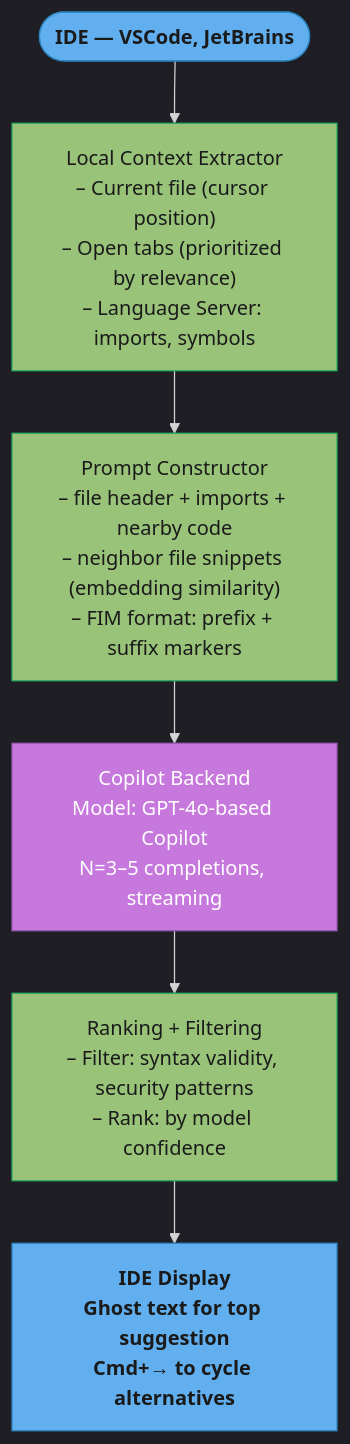
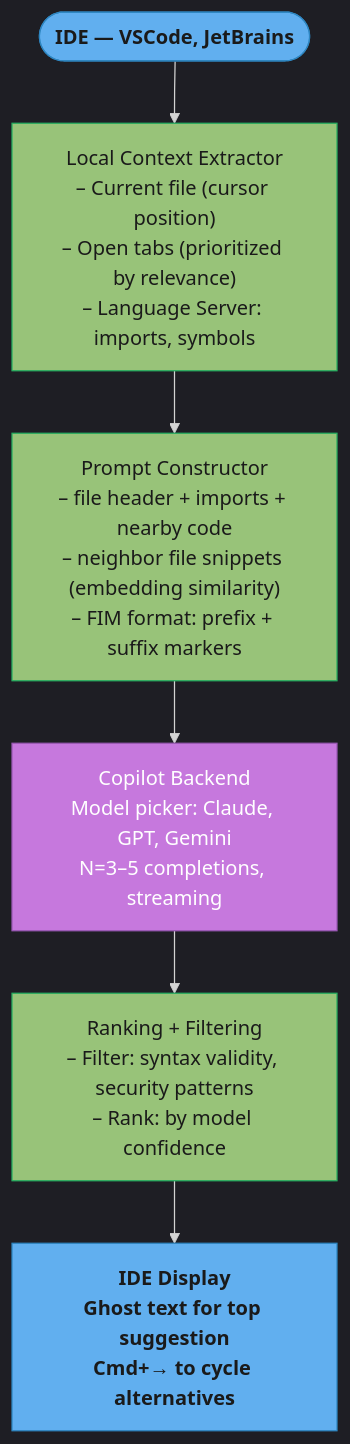
One commit to rppol/system-design changed the first of 4 diagrams in src/main/java/com/rutik/systemdesign/llm/code_generation/code_generation.md. Above: the diagram before and after it, drawn with Mermaid. The commit also changed other lines of this file and 466 other files, not shown here.

````diff
--- a/src/main/java/com/rutik/systemdesign/llm/code_generation/code_generation.md
+++ b/src/main/java/com/rutik/systemdesign/llm/code_generation/code_generation.md
@@ -127,22 +219,22 @@
 ```mermaid
 %%{init: {'flowchart': {'curve': 'basis'}, 'theme': 'dark'}}%%
 flowchart TD
     classDef io      fill:#61afef,stroke:#2e86c1,color:#1a1a1a,font-weight:bold
     classDef frozen  fill:#c678dd,stroke:#9b59b6,color:#fff
     classDef train   fill:#98c379,stroke:#27ae60,color:#1a1a1a
     classDef mathOp  fill:#d19a66,stroke:#e67e22,color:#1a1a1a,font-weight:bold
     classDef lossN   fill:#e06c75,stroke:#c0392b,color:#fff,font-weight:bold
     classDef req     fill:#56b6c2,stroke:#0097a7,color:#1a1a1a
     classDef base    fill:#e5c07b,stroke:#f39c12,color:#1a1a1a
 
     IDE([IDE — VSCode, JetBrains]) --> CtxExtract
     CtxExtract["Local Context Extractor\n– Current file (cursor position)\n– Open tabs (prioritized by relevance)\n– Language Server: imports, symbols"] --> PromptBuild
     PromptBuild["Prompt Constructor\n– file header + imports + nearby code\n– neighbor file snippets (embedding similarity)\n– FIM format: prefix + suffix markers"] --> Backend
-    Backend["Copilot Backend\nModel: GPT-4o-based Copilot\nN=3–5 completions, streaming"] --> Rank
+    Backend["Copilot Backend\nModel picker: Claude, GPT, Gemini\nN=3–5 completions, streaming"] --> Rank
     Rank["Ranking + Filtering\n– Filter: syntax validity, security patterns\n– Rank: by model confidence"] --> Display
     Display["IDE Display\nGhost text for top suggestion\nCmd+→ to cycle alternatives"]
 
     class IDE,Display io
     class CtxExtract,PromptBuild,Rank train
     class Backend frozen
 ```
````
